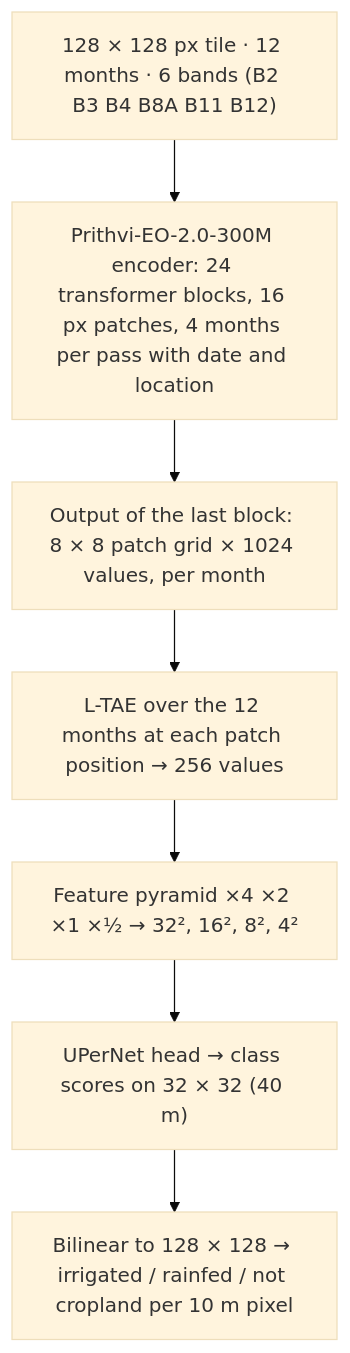
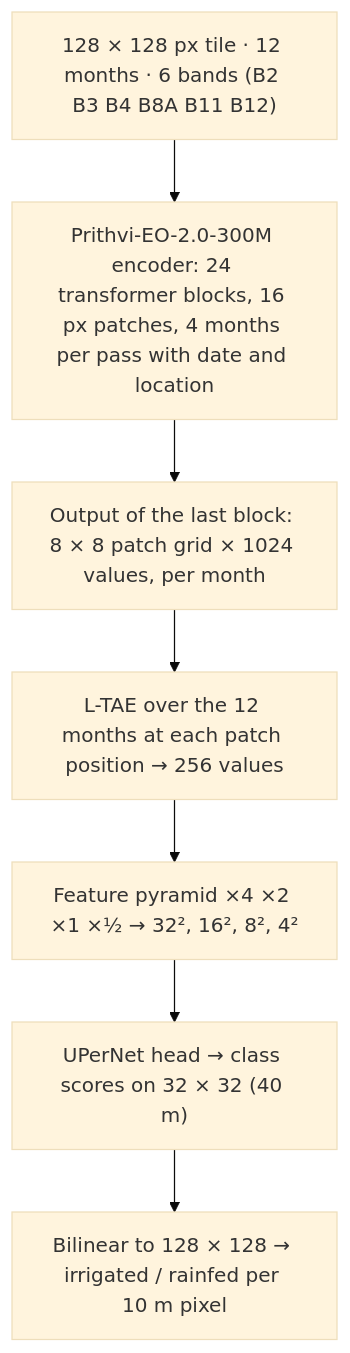
Before and after one commit to amanchry/irrimapping-geofm: the first of 4 diagrams in docs/experiments/E05_prithvi_strategies.md, drawn with Mermaid (base theme). The commit also changed other lines of this file and 179 other files, not shown here.

First line of the commit message:
Redesign experiments: two classes (irrigated, rainfed), no cropland mask, Morocco first

````diff
--- a/docs/experiments/E05_prithvi_strategies.md
+++ b/docs/experiments/E05_prithvi_strategies.md
@@ -39,9 +40,9 @@
 ```mermaid
 flowchart TD
     A["128 × 128 px tile · 12 months · 6 bands (B2 B3 B4 B8A B11 B12)"] --> B["Prithvi-EO-2.0-300M encoder: 24 transformer blocks, 16 px patches, 4 months per pass with date and location"]
     B --> C["Output of the last block: 8 × 8 patch grid × 1024 values, per month"]
     C --> D["L-TAE over the 12 months at each patch position → 256 values"]
     D --> E["Feature pyramid ×4 ×2 ×1 ×½ → 32², 16², 8², 4²"]
     E --> F["UPerNet head → class scores on 32 × 32 (40 m)"]
-    F --> G["Bilinear to 128 × 128 → irrigated / rainfed / not cropland per 10 m pixel"]
+    F --> G["Bilinear to 128 × 128 → irrigated / rainfed per 10 m pixel"]
 ```
````
